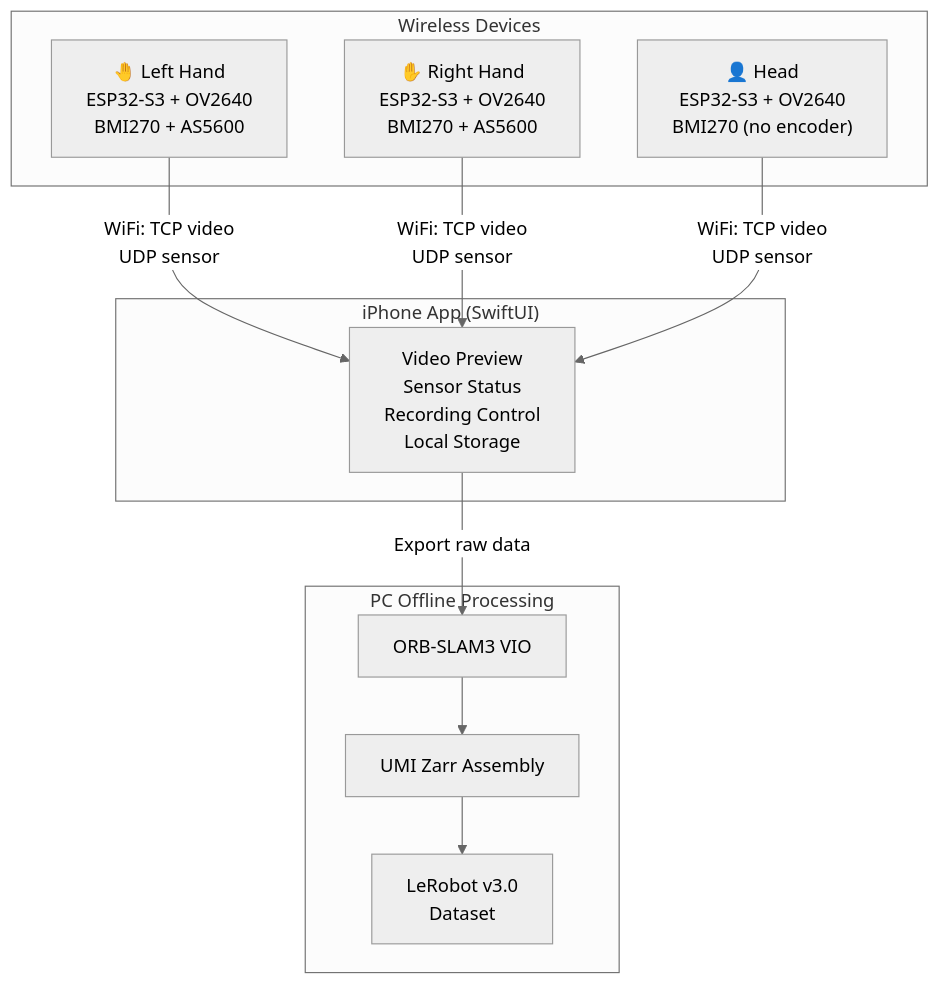
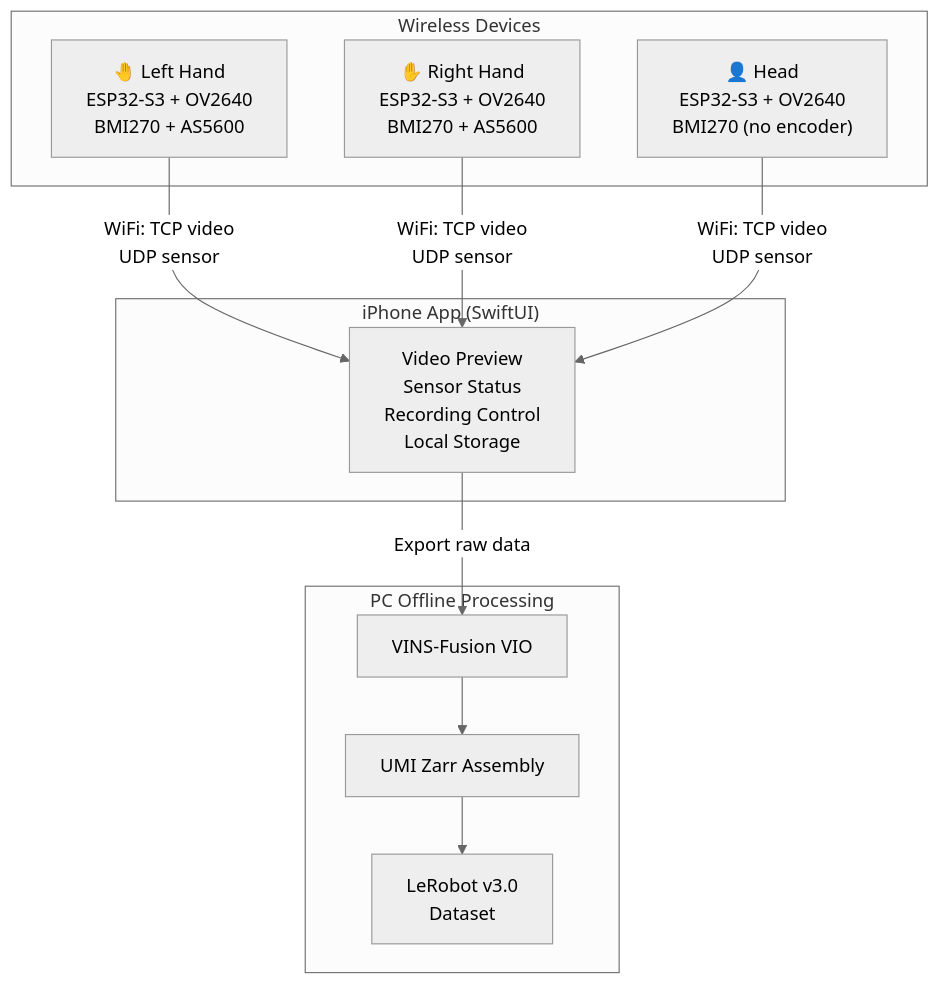
One commit to Auromix/OpenUMI changed the first of 2 diagrams in README.md. Above: the diagram before and after it, drawn with Mermaid (neutral theme). The commit also changed other lines of this file and 1 other file, not shown here.

First line of the commit message:
Switch VIO from ORB-SLAM3 to VINS-Fusion, keep OV2640 RGB

````diff
--- a/README.md
+++ b/README.md
@@ -25,25 +25,25 @@
 ```mermaid
 graph TD
     subgraph Devices["Wireless Devices"]
         L["🤚 Left Hand<br/>ESP32-S3 + OV2640<br/>BMI270 + AS5600"]
         R["✋ Right Hand<br/>ESP32-S3 + OV2640<br/>BMI270 + AS5600"]
         H["👤 Head<br/>ESP32-S3 + OV2640<br/>BMI270 (no encoder)"]
     end
 
     subgraph Phone["iPhone App (SwiftUI)"]
         P["Video Preview<br/>Sensor Status<br/>Recording Control<br/>Local Storage"]
     end
 
     subgraph PC["PC Offline Processing"]
-        VIO["ORB-SLAM3 VIO"]
+        VIO["VINS-Fusion VIO"]
         CONV["UMI Zarr Assembly"]
         LR["LeRobot v3.0<br/>Dataset"]
     end
 
     L -- "WiFi: TCP video<br/>UDP sensor" --> P
     R -- "WiFi: TCP video<br/>UDP sensor" --> P
     H -- "WiFi: TCP video<br/>UDP sensor" --> P
     P -- "Export raw data" --> VIO
     VIO --> CONV
     CONV --> LR
 ```
````
